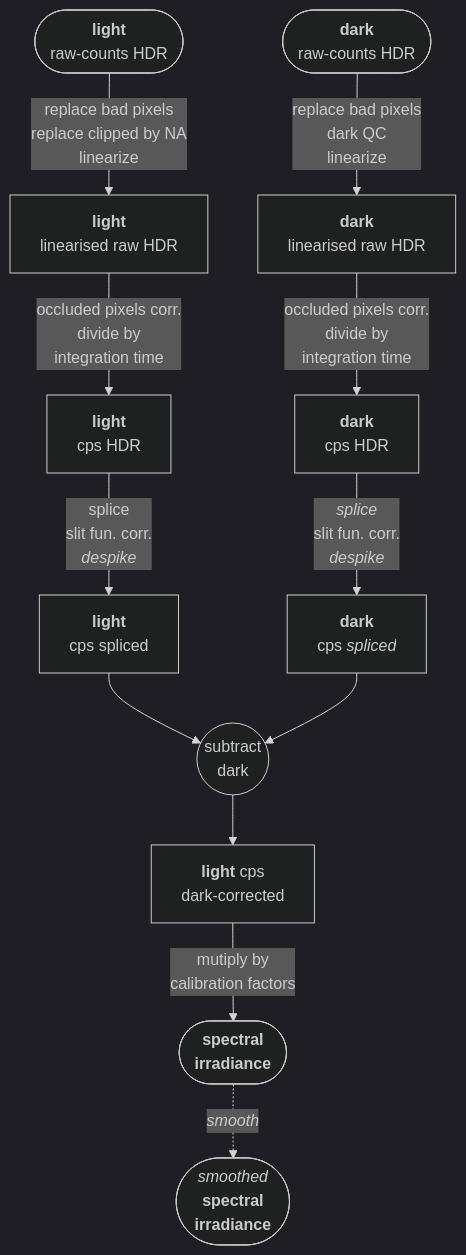
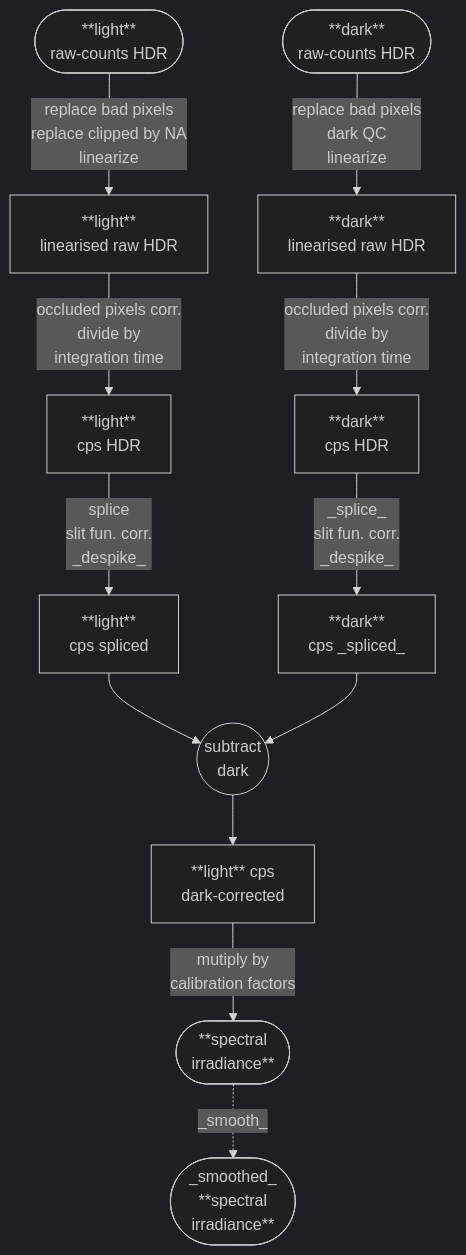
The second of 4 diagrams in pages/ooacquire-algorithms.qmd (aphalo/r4p-blog), drawn with Mermaid (dark theme) before and after one commit. The commit also changed other lines of this file and 8 other files, not shown here.

Commit message:
Update ooacquire algorithms Mermaid diagrams

````diff
--- a/pages/ooacquire-algorithms.qmd
+++ b/pages/ooacquire-algorithms.qmd
@@ -198,22 +198,22 @@
 ```{mermaid}
 %%| label: fig-data-flow-none
 %%| fig-cap: Data flow for conversion of raw-counts into spectral irradiance when using the protocols `"ld"` or `"dl"`. The **dark** spectrum is never spliced as the longest integration time is the best across all wavelengths and used as is. QC stands for Quality Control and is applied to wavelengths expected to be subject only to dark noise.
 %%| fig-align: center
 %%| 
 flowchart TB
 
-lr([<b>light</b>\nraw-counts HDR]) --replace bad pixels\nreplace clipped by NA\nlinearize--> ll[<b>light</b>\nlinearised raw HDR]
--->|occluded pixels corr.\ndivide by\nintegration time| lc[<b>light</b>\ncps HDR] 
---splice\nslit fun. corr.\n<i>despike</i>--> l[<b>light</b>\ncps spliced]
+lr([**light**<br>raw-counts HDR]) --replace bad pixels<br>replace clipped by NA<br>linearize--> ll[**light**<br>linearised raw HDR]
+-->|occluded pixels corr.<br>divide by<br>integration time| lc[**light**<br>cps HDR] 
+--splice<br>slit fun. corr.<br>_despike_--> l[**light**<br>cps spliced]
 
-dr([<b>dark</b>\nraw-counts HDR]) --replace bad pixels\ndark QC\nlinearize--> dl[<b>dark</b>\nlinearised raw HDR]
--->|occluded pixels corr.\ndivide by\nintegration time| dc[<b>dark</b>\ncps HDR] 
---<i>splice</i>\nslit fun. corr.\n<i>despike</i>--> d[<b>dark</b>\ncps <i>spliced</i>]
+dr([**dark**<br>raw-counts HDR]) --replace bad pixels<br>dark QC<br>linearize--> dl[**dark**<br>linearised raw HDR]
+-->|occluded pixels corr.<br>divide by<br>integration time| dc[**dark**<br>cps HDR] 
+--_splice_<br>slit fun. corr.<br>_despike_--> d[**dark**<br>cps _spliced_]
 
-l --> lm(("subtract\ndark")) --> ldc[<b>light</b> cps\ndark-corrected]
+l --> lm(("subtract<br>dark")) --> ldc[**light** cps<br>dark-corrected]
 d --> lm
 
-ldc --mutiply by\ncalibration factors--> irrad([<b>spectral\nirradiance</b>])
-irrad -.->|<i>smooth</i>|sirrad([<i>smoothed</i>\n<b>spectral\nirradiance</b>]) 
+ldc --mutiply by<br>calibration factors--> irrad([**spectral<br>irradiance**])
+irrad -.->|_smooth_|sirrad([_smoothed_<br>**spectral<br>irradiance**]) 
 
 ```
````
